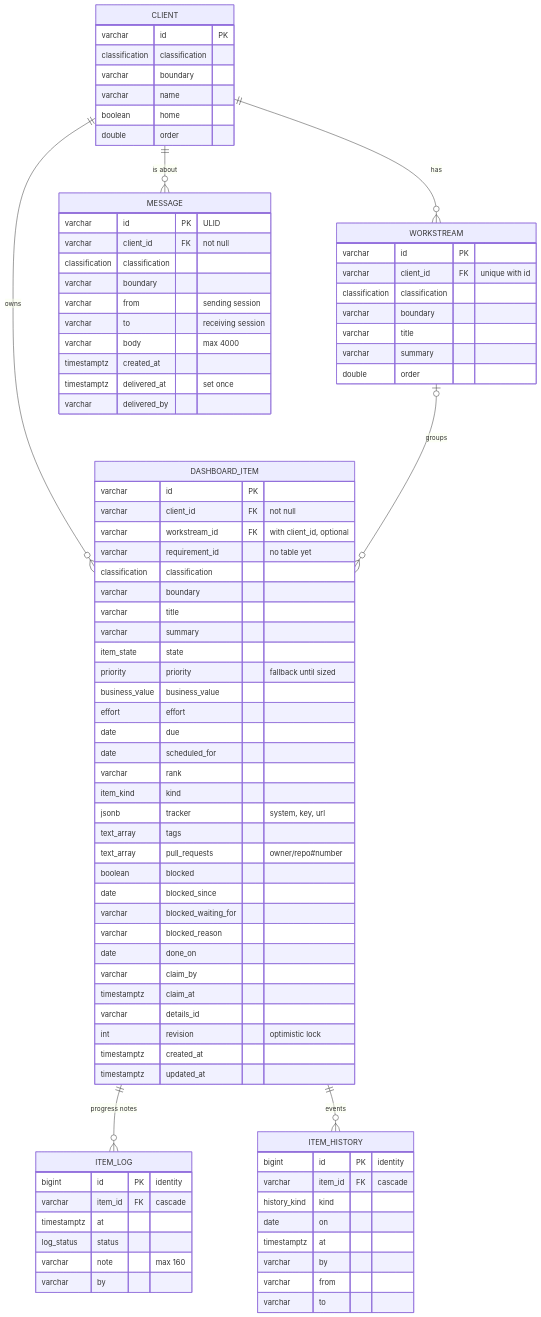
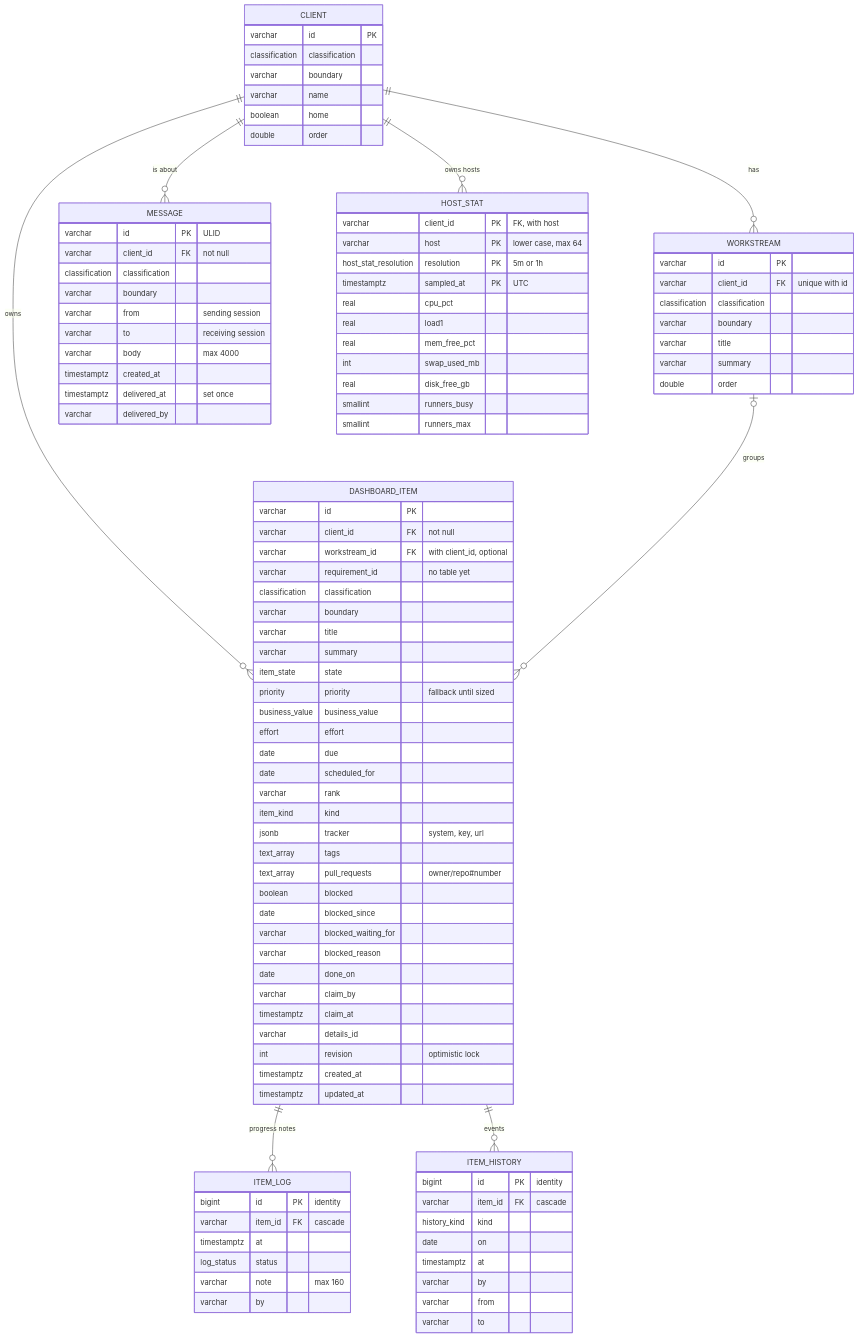
The diagram in packages/dashboard-schema/docs/database.md (lekman/ai-toolkit), drawn with Mermaid before and after one commit. The commit also changed other lines of this file and 11 other files, not shown here.

First line of the commit message:
feat(tasks-mcp): host statistics, stored per client with hourly retention (#137)

````diff
--- a/packages/dashboard-schema/docs/database.md
+++ b/packages/dashboard-schema/docs/database.md
@@ -15,6 +15,7 @@
   DASHBOARD_ITEM ||--o{ ITEM_LOG : "progress notes"
   DASHBOARD_ITEM ||--o{ ITEM_HISTORY : events
   CLIENT ||--o{ MESSAGE : "is about"
+  CLIENT ||--o{ HOST_STAT : "owns hosts"
   CLIENT {
     varchar id PK
     classification classification
@@ -94,4 +95,17 @@
     timestamptz delivered_at "set once"
     varchar delivered_by
   }
+  HOST_STAT {
+    varchar client_id PK "FK, with host"
+    varchar host PK "lower case, max 64"
+    host_stat_resolution resolution PK "5m or 1h"
+    timestamptz sampled_at PK "UTC"
+    real cpu_pct
+    real load1
+    real mem_free_pct
+    int swap_used_mb
+    real disk_free_gb
+    smallint runners_busy
+    smallint runners_max
+  }
 ```
````
